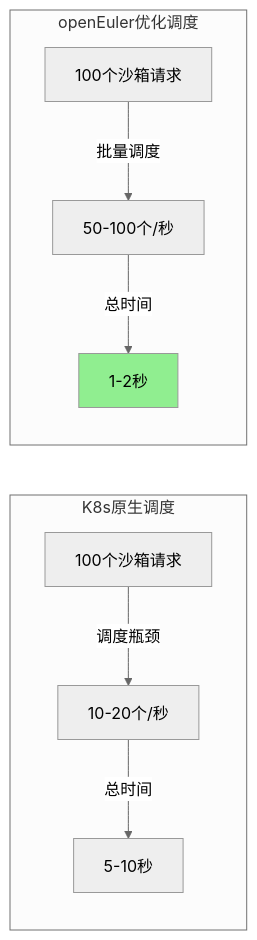
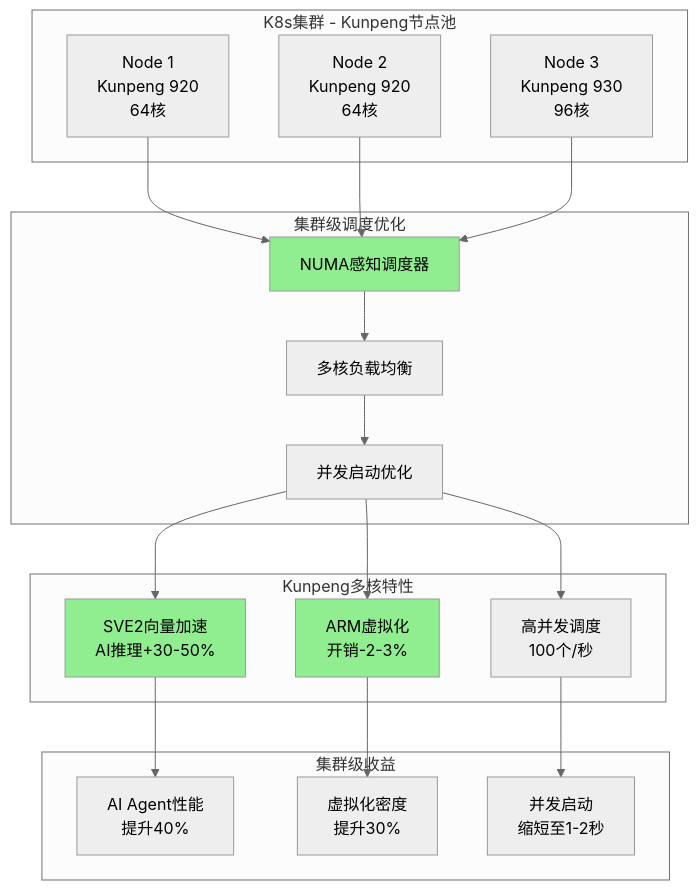
Before and after one commit to QJWang23/sandbox: diagram 13 of 21 in docs/superpowers/specs/2026-03-22-agent-sandbox-technical-roadmap.md, drawn with Mermaid (neutral theme). The commit also changed other lines of this file, not shown here.

First line of the commit message:
Update technical roadmap with cluster-level infrastructure focus

````diff
--- a/docs/superpowers/specs/2026-03-22-agent-sandbox-technical-roadmap.md
+++ b/docs/superpowers/specs/2026-03-22-agent-sandbox-technical-roadmap.md
@@ -499,14 +560,32 @@
 ```mermaid
-graph LR
-    subgraph "K8s原生调度"
-        A[100个沙箱请求] -->|调度瓶颈| B[10-20个/秒]
-        B -->|总时间| C[5-10秒]
+graph TB
+    subgraph "K8s集群 - Kunpeng节点池"
+        A[Node 1<br/>Kunpeng 920<br/>64核]
+        B[Node 2<br/>Kunpeng 920<br/>64核]
+        C[Node 3<br/>Kunpeng 930<br/>96核]
     end
 
-    subgraph "openEuler优化调度"
-        D[100个沙箱请求] -->|批量调度| E[50-100个/秒]
-        E -->|总时间| F[1-2秒]
+    subgraph "集群级调度优化"
+        A --> D[NUMA感知调度器]
+        B --> D
+        C --> D
+        D --> E[多核负载均衡]
+        E --> F[并发启动优化]
     end
 
-    style F fill:#90EE90
+    subgraph "Kunpeng多核特性"
+        F --> G[SVE2向量加速<br/>AI推理+30-50%]
+        F --> H[ARM虚拟化<br/>开销-2-3%]
+        F --> I[高并发调度<br/>100个/秒]
+    end
+
+    subgraph "集群级收益"
+        G --> J[AI Agent性能<br/>提升40%]
+        H --> K[虚拟化密度<br/>提升30%]
+        I --> L[并发启动<br/>缩短至1-2秒]
+    end
+
+    style D fill:#90EE90
+    style G fill:#90EE90
+    style H fill:#90EE90
 ```
````
